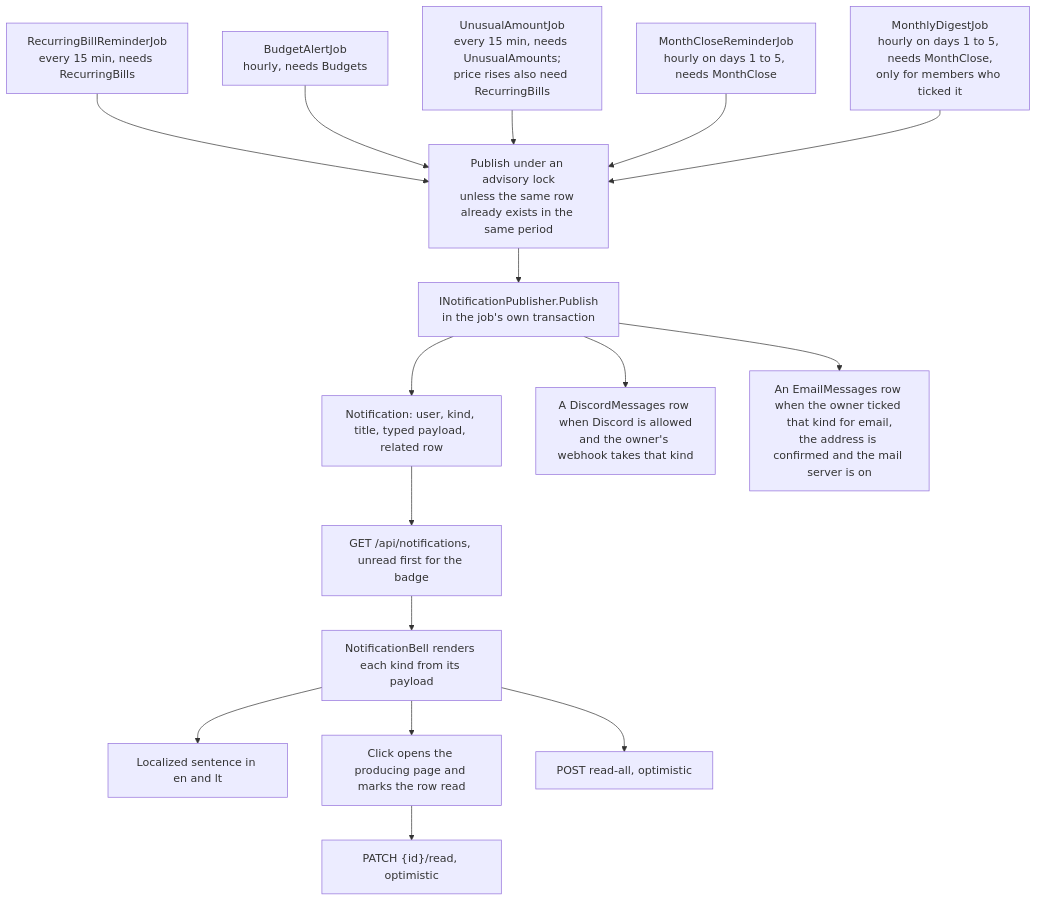
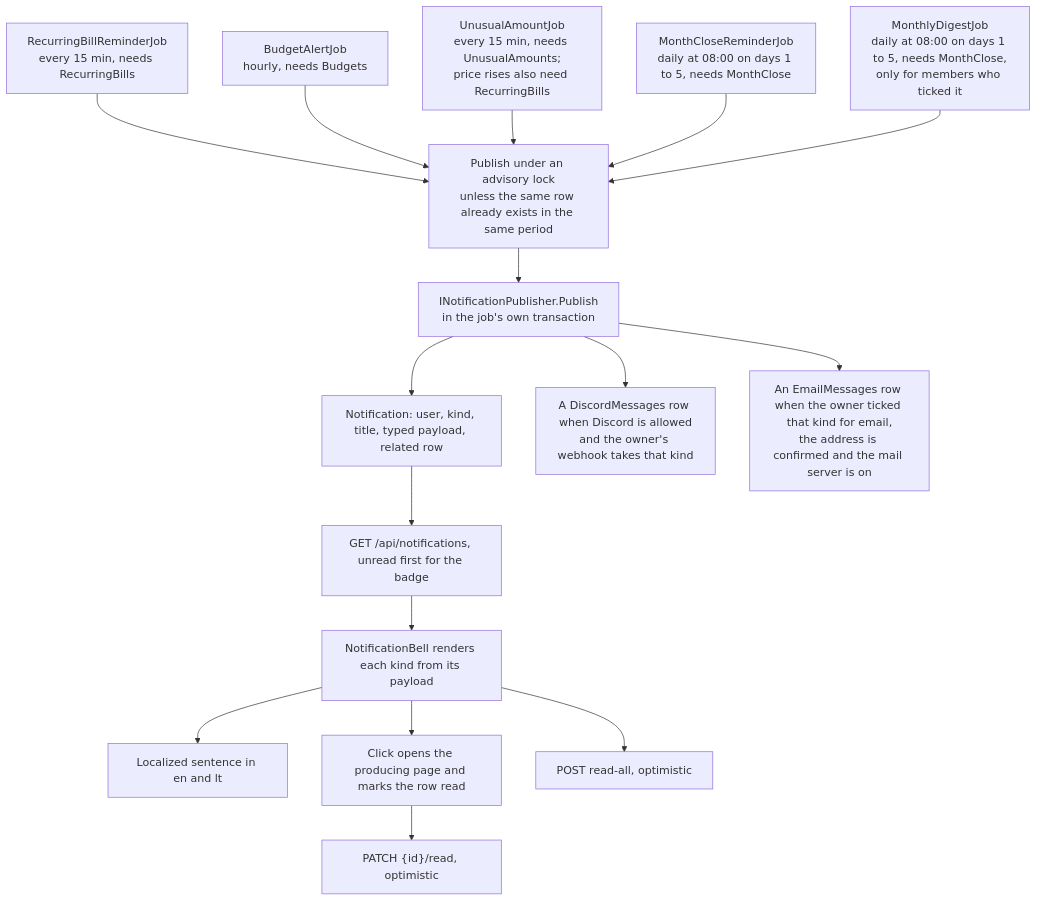
Before and after one commit to Justxs/Jx-Finance: the diagram in docs/features/notifications.md, drawn with Mermaid. The commit also changed 30 other files, not shown here.

````diff
--- a/docs/features/notifications.md
+++ b/docs/features/notifications.md
@@ -7,18 +7,18 @@
 ```mermaid
 flowchart TD
     Bills["RecurringBillReminderJob<br/>every 15 min, needs RecurringBills"] --> Dedupe
     Budgets["BudgetAlertJob<br/>hourly, needs Budgets"] --> Dedupe
     Unusual["UnusualAmountJob<br/>every 15 min, needs UnusualAmounts;<br/>price rises also need RecurringBills"] --> Dedupe
-    Close["MonthCloseReminderJob<br/>hourly on days 1 to 5, needs MonthClose"] --> Dedupe
-    Digest["MonthlyDigestJob<br/>hourly on days 1 to 5, needs MonthClose,<br/>only for members who ticked it"] --> Dedupe
+    Close["MonthCloseReminderJob<br/>daily at 08:00 on days 1 to 5, needs MonthClose"] --> Dedupe
+    Digest["MonthlyDigestJob<br/>daily at 08:00 on days 1 to 5, needs MonthClose,<br/>only for members who ticked it"] --> Dedupe
     Dedupe["Publish under an advisory lock<br/>unless the same row already exists in the same period"] --> Pub["INotificationPublisher.Publish<br/>in the job's own transaction"]
     Pub --> Row["Notification: user, kind, title, typed payload, related row"]
     Pub --> Discord["A DiscordMessages row when Discord is allowed<br/>and the owner's webhook takes that kind"]
     Pub --> Email["An EmailMessages row when the owner ticked that kind for email,<br/>the address is confirmed and the mail server is on"]
     Row --> List["GET /api/notifications, unread first for the badge"]
     List --> Bell["NotificationBell renders each kind from its payload"]
     Bell --> Text["Localized sentence in en and lt"]
     Bell --> Link["Click opens the producing page and marks the row read"]
     Link --> Read["PATCH {id}/read, optimistic"]
     Bell --> All["POST read-all, optimistic"]
 ```
````
